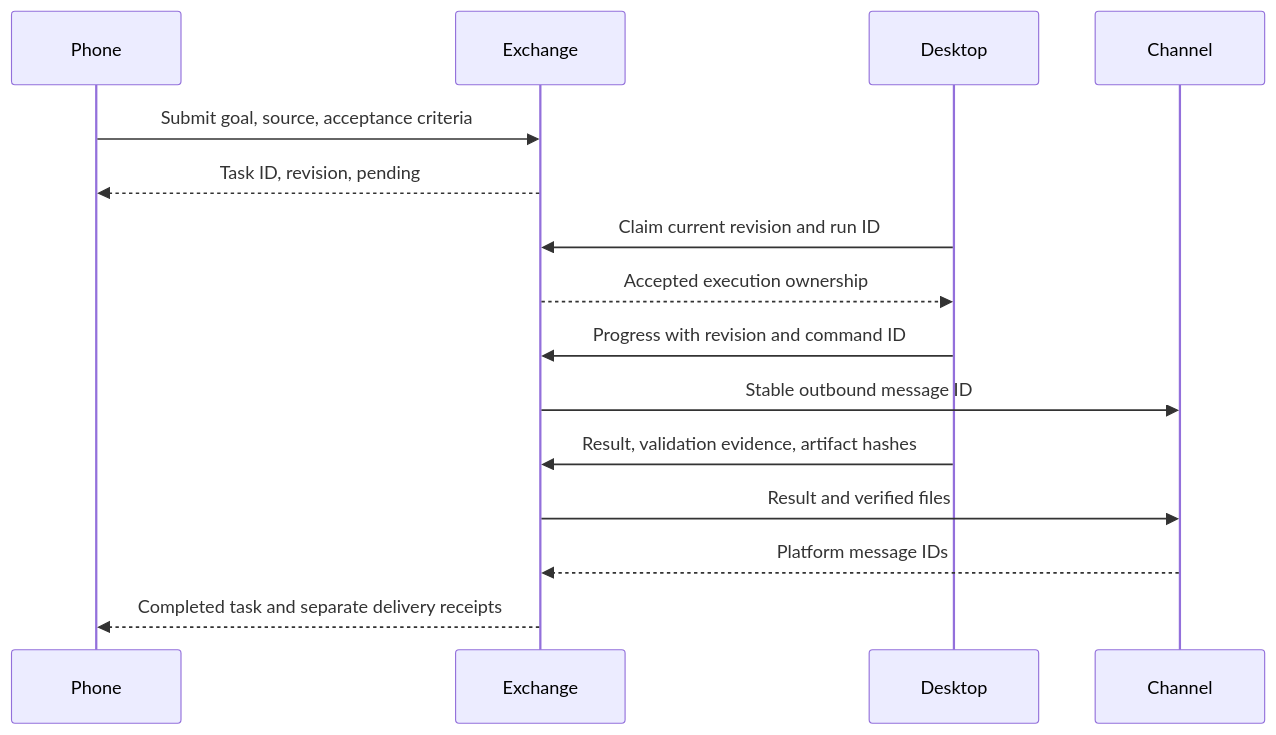
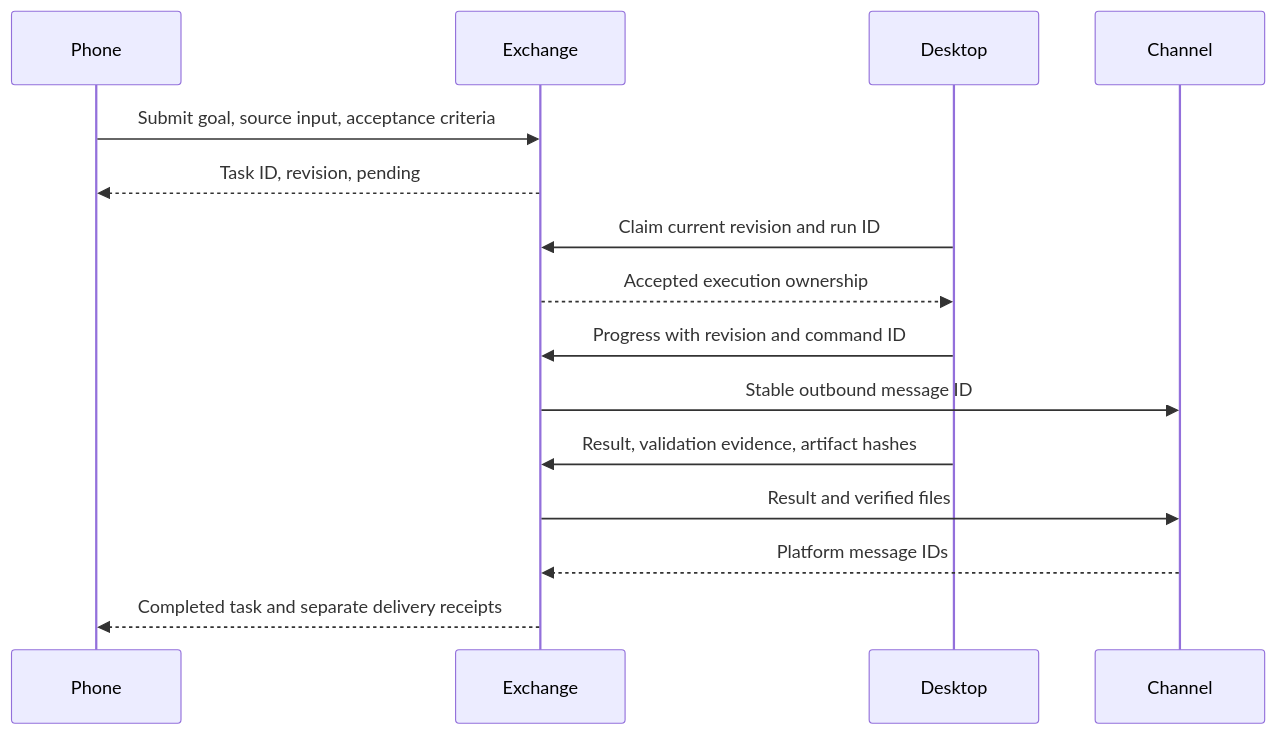
The diagram in docs/task-exchange.md (mycyg/kin-mind), drawn with Mermaid before and after one commit. The commit also changed other lines of this file and 34 other files, not shown here.

````diff
--- a/docs/task-exchange.md
+++ b/docs/task-exchange.md
@@ -11,17 +16,17 @@
 ```mermaid
 sequenceDiagram
     participant Phone
     participant Exchange
     participant Desktop
     participant Channel
-    Phone->>Exchange: Submit goal, source, acceptance criteria
+    Phone->>Exchange: Submit goal, source input, acceptance criteria
     Exchange-->>Phone: Task ID, revision, pending
     Desktop->>Exchange: Claim current revision and run ID
     Exchange-->>Desktop: Accepted execution ownership
     Desktop->>Exchange: Progress with revision and command ID
     Exchange->>Channel: Stable outbound message ID
     Desktop->>Exchange: Result, validation evidence, artifact hashes
     Exchange->>Channel: Result and verified files
     Channel-->>Exchange: Platform message IDs
     Exchange-->>Phone: Completed task and separate delivery receipts
 ```
````
